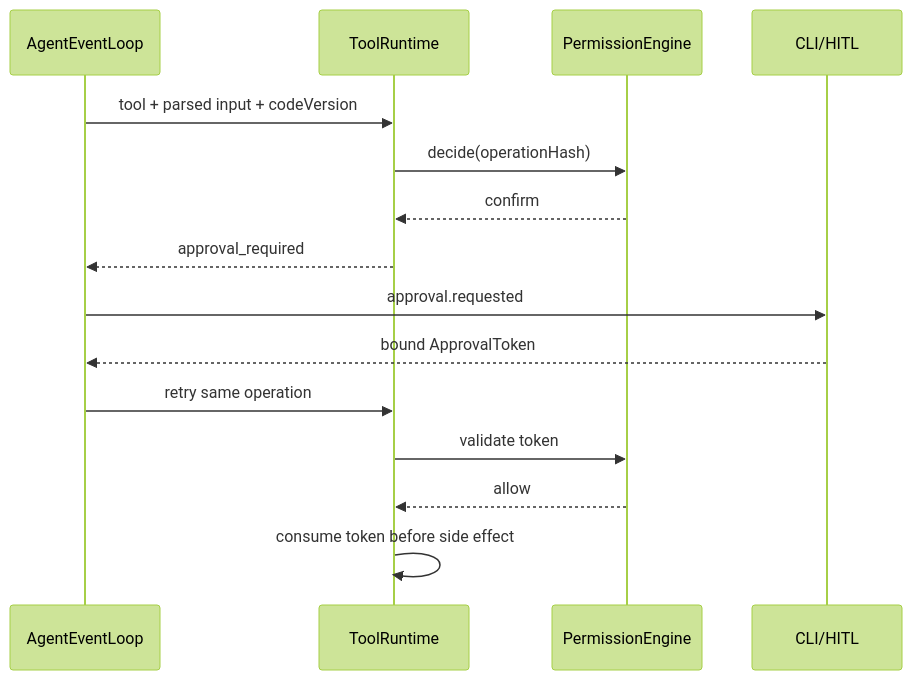
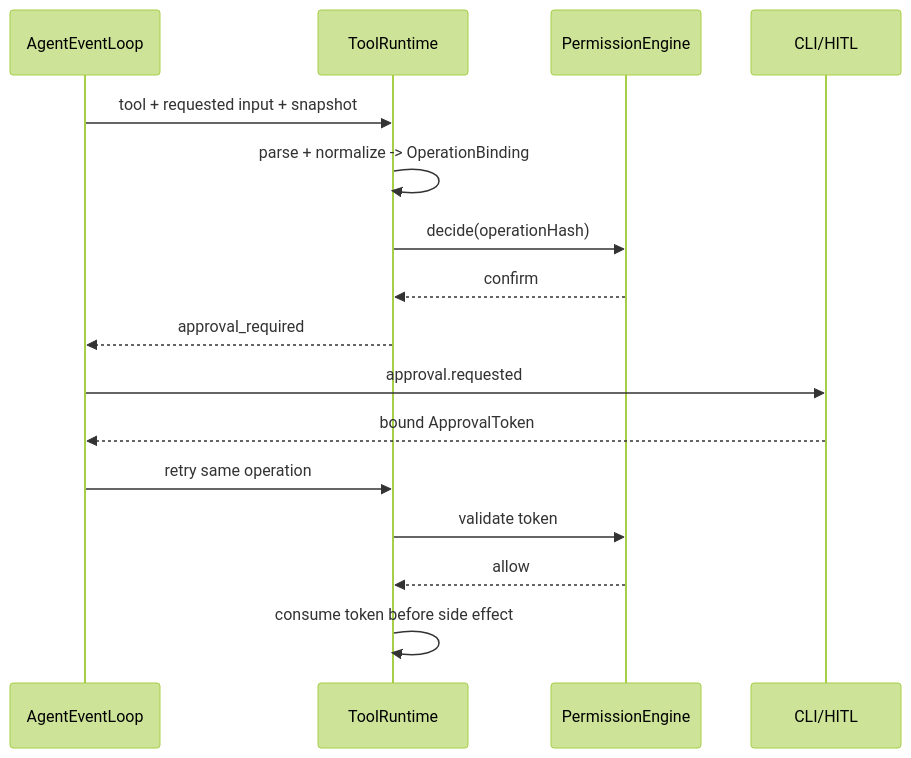
Before and after one commit to TimmmmmY827/CodeFlow-Agent: the diagram in docs/components/03-permission-engine.md, drawn with Mermaid (forest theme). The commit also changed other lines of this file and 17 other files, not shown here.

````diff
--- a/docs/components/03-permission-engine.md
+++ b/docs/components/03-permission-engine.md
@@ -69,17 +90,18 @@
 ```mermaid
 sequenceDiagram
     participant L as AgentEventLoop
     participant R as ToolRuntime
     participant P as PermissionEngine
     participant U as CLI/HITL
-    L->>R: tool + parsed input + codeVersion
+    L->>R: tool + requested input + snapshot
+    R->>R: parse + normalize -> OperationBinding
     R->>P: decide(operationHash)
     P-->>R: confirm
     R-->>L: approval_required
     L->>U: approval.requested
     U-->>L: bound ApprovalToken
     L->>R: retry same operation
     R->>P: validate token
     P-->>R: allow
     R->>R: consume token before side effect
 ```
````
